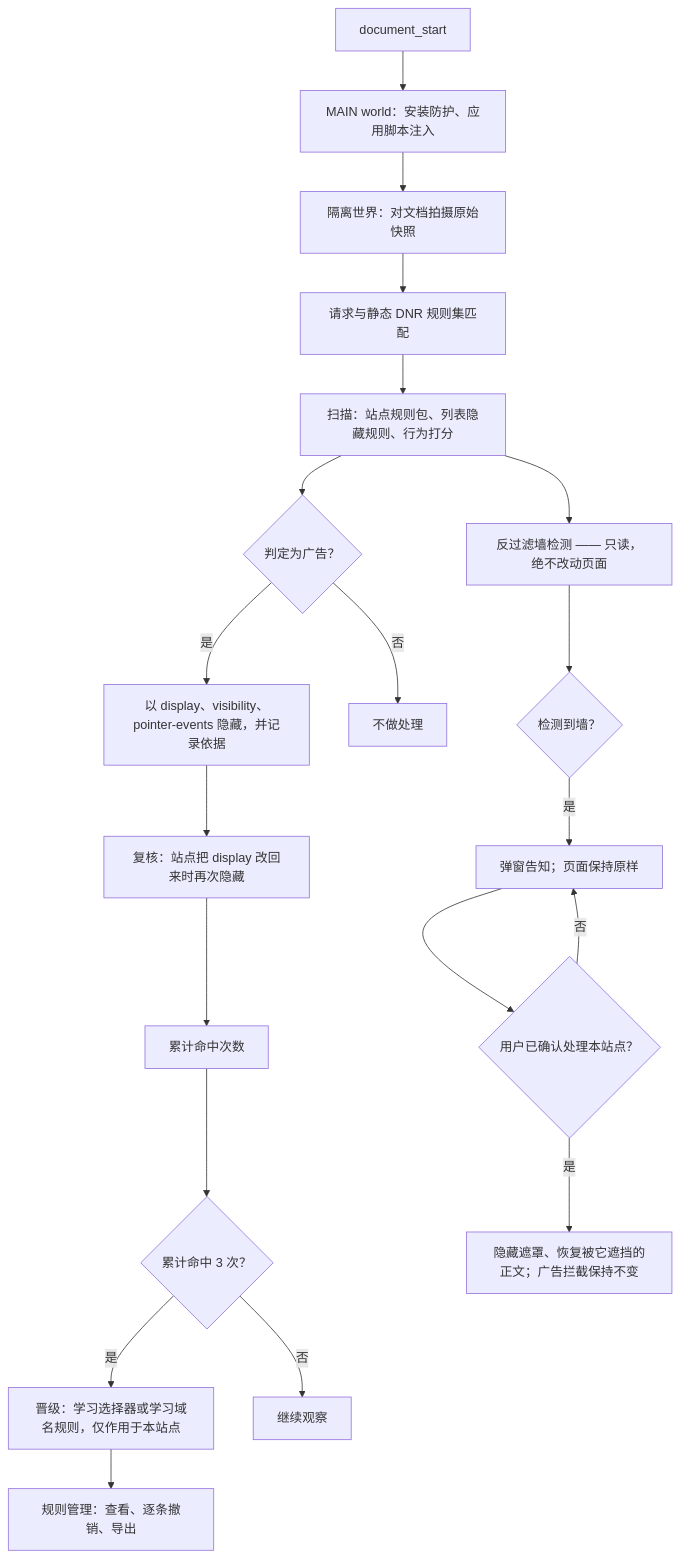
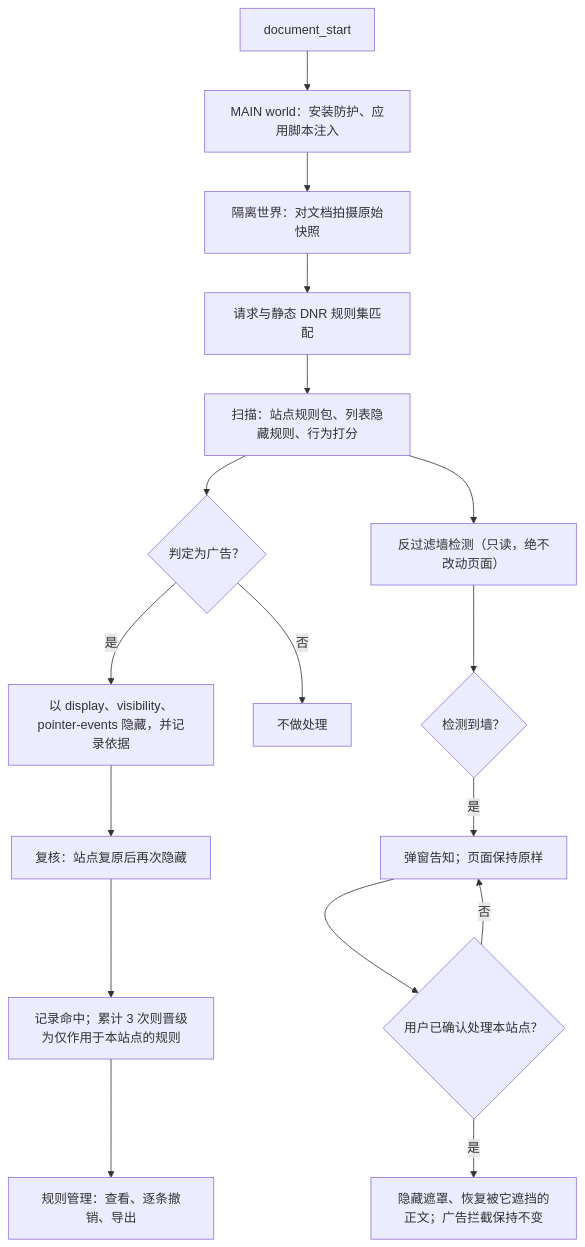
Before and after one commit to jfxia/AdBlow: the diagram in docs/diagrams/flow-zh.mmd, drawn with Mermaid. The commit also changed 9 other files, not shown here.

First line of the commit message:
fix(readme): 优化两张图的可读性，并删除图下方的说明行

```diff
--- a/docs/diagrams/flow-zh.mmd
+++ b/docs/diagrams/flow-zh.mmd
@@ -1,20 +1,17 @@
 flowchart TD
   start["document_start"] --> a["MAIN world：安装防护、应用脚本注入"]
   a --> b["隔离世界：对文档拍摄原始快照"]
   b --> c["请求与静态 DNR 规则集匹配"]
   c --> d["扫描：站点规则包、列表隐藏规则、行为打分"]
   d --> e{"判定为广告？"}
   e -->|"是"| f["以 display、visibility、pointer-events 隐藏，并记录依据"]
   e -->|"否"| g["不做处理"]
-  f --> h["复核：站点把 display 改回来时再次隐藏"]
-  h --> i["累计命中次数"]
-  i --> j{"累计命中 3 次？"}
-  j -->|"是"| k["晋级：学习选择器或学习域名规则，仅作用于本站点"]
-  j -->|"否"| l["继续观察"]
-  k --> m["规则管理：查看、逐条撤销、导出"]
-  d --> n["反过滤墙检测 —— 只读，绝不改动页面"]
-  n --> o{"检测到墙？"}
-  o -->|"是"| p["弹窗告知；页面保持原样"]
-  p --> q{"用户已确认处理本站点？"}
-  q -->|"是"| r["隐藏遮罩、恢复被它遮挡的正文；广告拦截保持不变"]
-  q -->|"否"| p
+  f --> h["复核：站点复原后再次隐藏"]
+  h --> i["记录命中；累计 3 次则晋级为仅作用于本站点的规则"]
+  i --> j["规则管理：查看、逐条撤销、导出"]
+  d --> k["反过滤墙检测（只读，绝不改动页面）"]
+  k --> l{"检测到墙？"}
+  l -->|"是"| m["弹窗告知；页面保持原样"]
+  m --> n{"用户已确认处理本站点？"}
+  n -->|"是"| o["隐藏遮罩、恢复被它遮挡的正文；广告拦截保持不变"]
+  n -->|"否"| m
```
